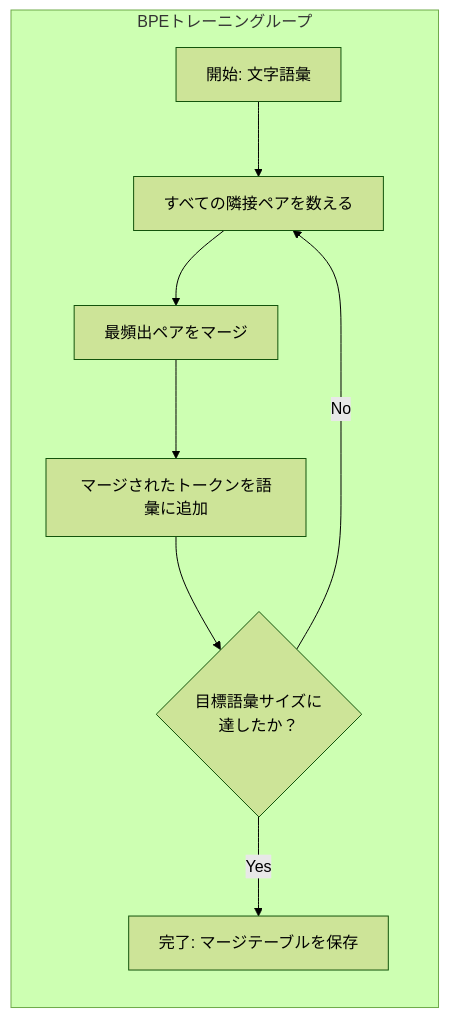
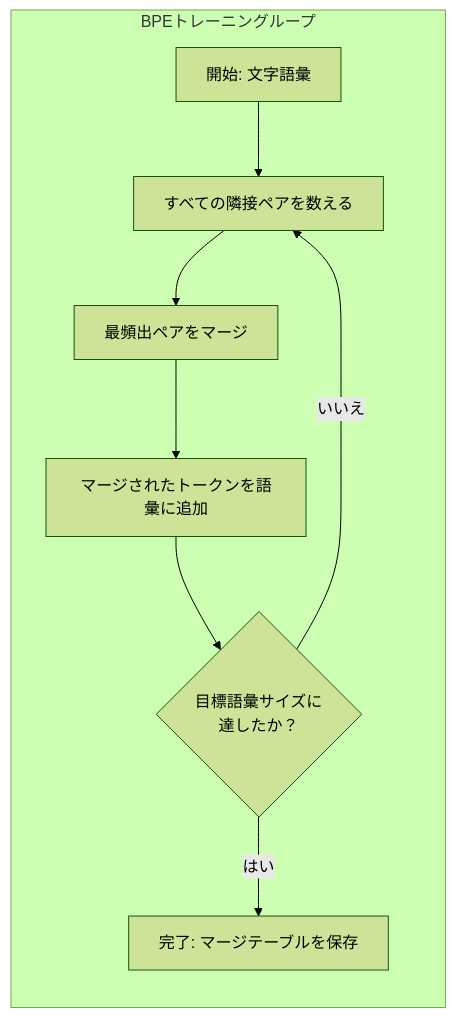
Before and after one commit to shoshoshomen/synapse-academy: the second of 3 diagrams in content/phases/10-llms-from-scratch/01-tokenizers/lesson.ja.md, drawn with Mermaid (forest theme). The commit also changed other lines of this file and 124 other files, not shown here.

First line of the commit message:
feat(i18n): mermaid図のラベルを日本語化(194レッスン/374図)

````diff
--- a/content/phases/10-llms-from-scratch/01-tokenizers/lesson.ja.md
+++ b/content/phases/10-llms-from-scratch/01-tokenizers/lesson.ja.md
@@ -107,12 +107,12 @@
 ```mermaid
 graph LR
     subgraph Training["BPEトレーニングループ"]
         direction TB
         T1["開始: 文字語彙"] --> T2["すべての隣接ペアを数える"]
         T2 --> T3["最頻出ペアをマージ"]
         T3 --> T4["マージされたトークンを語彙に追加"]
         T4 --> T5{"目標語彙サイズに\n達したか？"}
-        T5 -->|No| T2
-        T5 -->|Yes| T6["完了: マージテーブルを保存"]
+        T5 -->|"いいえ"| T2
+        T5 -->|"はい"| T6["完了: マージテーブルを保存"]
     end
 ```
````
